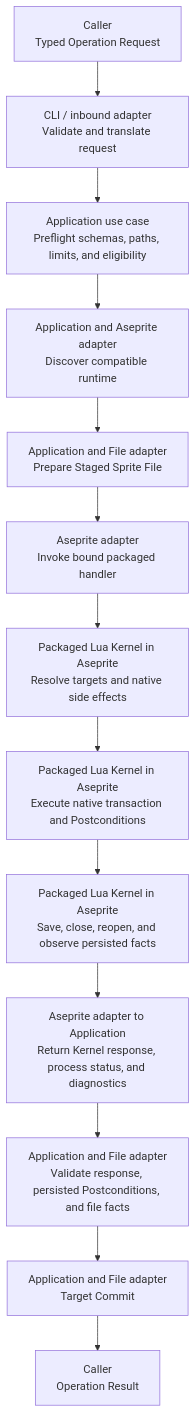
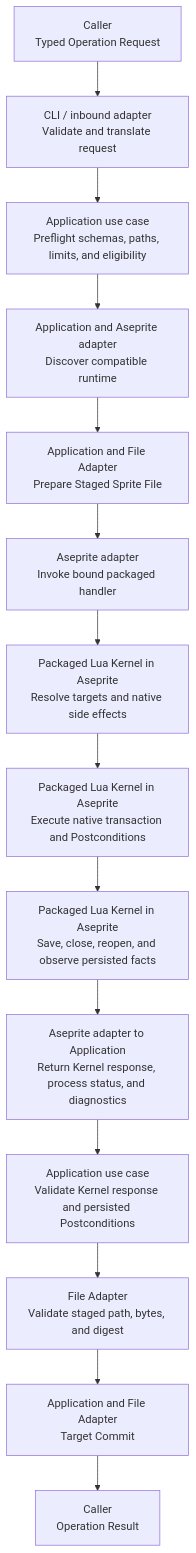
The sixth of 7 diagrams in ARCHITECTURE.md (aigengame/aseprite-automation), drawn with Mermaid before and after one commit. The commit also changed other lines of this file and 4 other files, not shown here.

Commit message:
docs(architecture): close review boundary gaps

````diff
--- a/ARCHITECTURE.md
+++ b/ARCHITECTURE.md
@@ -475,29 +471,31 @@
 ```mermaid
 flowchart TB
     Request["Caller<br/>Typed Operation Request"]
     Inbound["CLI / inbound adapter<br/>Validate and translate request"]
     Preflight["Application use case<br/>Preflight schemas, paths, limits, and eligibility"]
     Discover["Application and Aseprite adapter<br/>Discover compatible runtime"]
-    Stage["Application and File adapter<br/>Prepare Staged Sprite File"]
+    Stage["Application and File Adapter<br/>Prepare Staged Sprite File"]
     Invoke["Aseprite adapter<br/>Invoke bound packaged handler"]
     Resolve["Packaged Lua Kernel in Aseprite<br/>Resolve targets and native side effects"]
     Execute["Packaged Lua Kernel in Aseprite<br/>Execute native transaction and Postconditions"]
     Persist["Packaged Lua Kernel in Aseprite<br/>Save, close, reopen, and observe persisted facts"]
     Evidence["Aseprite adapter to Application<br/>Return Kernel response, process status, and diagnostics"]
-    Verify["Application and File adapter<br/>Validate response, persisted Postconditions, and file facts"]
-    Commit["Application and File adapter<br/>Target Commit"]
+    Verify["Application use case<br/>Validate Kernel response and persisted Postconditions"]
+    FileFacts["File Adapter<br/>Validate staged path, bytes, and digest"]
+    Commit["Application and File Adapter<br/>Target Commit"]
     Result["Caller<br/>Operation Result"]
 
     Request --> Inbound
     Inbound --> Preflight
     Preflight --> Discover
     Discover --> Stage
     Stage --> Invoke
     Invoke --> Resolve
     Resolve --> Execute
     Execute --> Persist
     Persist --> Evidence
     Evidence --> Verify
-    Verify --> Commit
+    Verify --> FileFacts
+    FileFacts --> Commit
     Commit --> Result
 ```
````
